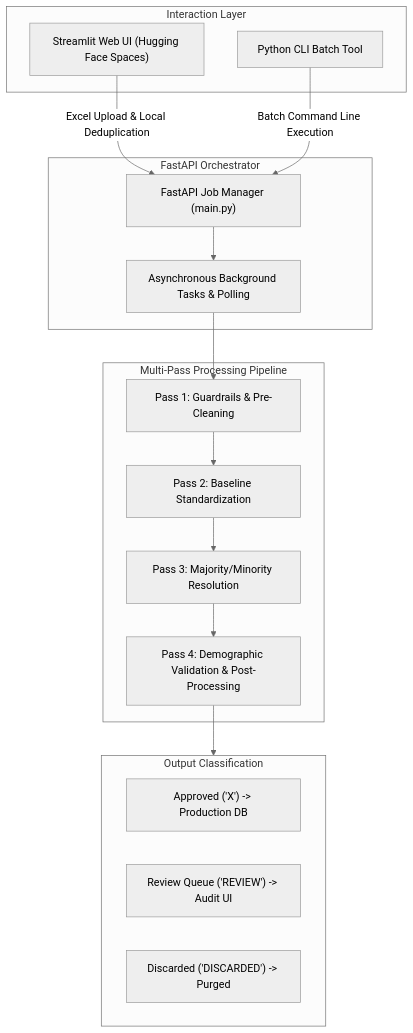
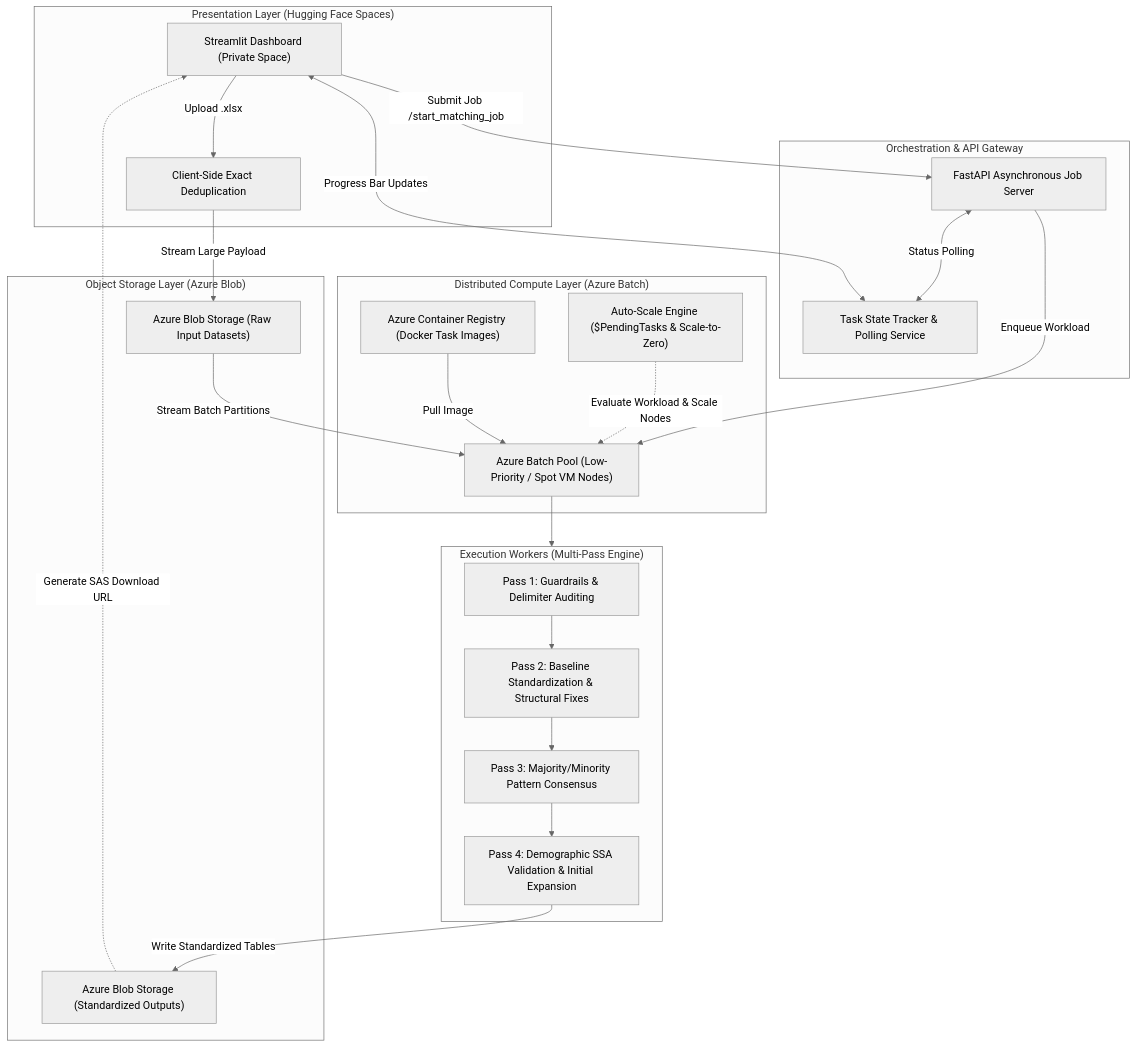
The diagram in README.md (khush-dakwala/individual-borrower-resolution), drawn with Mermaid (neutral theme) before and after one commit. The commit also changed other lines of this file, not shown here.

First line of the commit message:
Revise README for clarity and architecture updates

````diff
--- a/README.md
+++ b/README.md
@@ -11,34 +11,44 @@
 ```mermaid
 flowchart TD
-    subgraph UI["Interaction Layer"]
-        A["Streamlit Web UI (Hugging Face Spaces)"]
-        B["Python CLI Batch Tool"]
+    subgraph Client["Presentation Layer (Hugging Face Spaces)"]
+        UI["Streamlit Dashboard (Private Space)"]
+        Dedup["Client-Side Exact Deduplication"]
     end
 
-    subgraph Server["FastAPI Orchestrator"]
-        C["FastAPI Job Manager (main.py)"]
-        D["Asynchronous Background Tasks & Polling"]
+    subgraph Storage["Object Storage Layer (Azure Blob)"]
+        BlobIn["Azure Blob Storage (Raw Input Datasets)"]
+        BlobOut["Azure Blob Storage (Standardized Outputs)"]
     end
 
-    subgraph Pipeline["Multi-Pass Processing Pipeline"]
-        E["Pass 1: Guardrails & Pre-Cleaning"]
-        F["Pass 2: Baseline Standardization"]
-        G["Pass 3: Majority/Minority Resolution"]
-        H["Pass 4: Demographic Validation & Post-Processing"]
+    subgraph API["Orchestration & API Gateway"]
+        FastAPI["FastAPI Asynchronous Job Server"]
+        Tracker["Task State Tracker & Polling Service"]
     end
 
-    subgraph Routing["Output Classification"]
-        I["Approved ('X') -> Production DB"]
-        J["Review Queue ('REVIEW') -> Audit UI"]
-        K["Discarded ('DISCARDED') -> Purged"]
+    subgraph Compute["Distributed Compute Layer (Azure Batch)"]
+        Formula["Auto-Scale Engine ($PendingTasks & Scale-to-Zero)"]
+        SpotPool["Azure Batch Pool (Low-Priority / Spot VM Nodes)"]
+        ACR["Azure Container Registry (Docker Task Images)"]
     end
 
-    A -->|Excel Upload & Local Deduplication| C
-    B -->|Batch Command Line Execution| C
-    C --> D
-    D --> E
-    E --> F
-    F --> G
-    G --> H
-    H --> Routing
+    subgraph Engine["Execution Workers (Multi-Pass Engine)"]
+        P1["Pass 1: Guardrails & Delimiter Auditing"]
+        P2["Pass 2: Baseline Standardization & Structural Fixes"]
+        P3["Pass 3: Majority/Minority Pattern Consensus"]
+        P4["Pass 4: Demographic SSA Validation & Initial Expansion"]
+    end
+
+    UI -->|Upload .xlsx| Dedup
+    Dedup -->|Stream Large Payload| BlobIn
+    UI -->|Submit Job /start_matching_job| FastAPI
+    FastAPI -->|Enqueue Workload| SpotPool
+    Formula -.->|Evaluate Workload & Scale Nodes| SpotPool
+    ACR -->|Pull Image| SpotPool
+    BlobIn -->|Stream Batch Partitions| SpotPool
+    SpotPool --> Engine
+    P1 --> P2 --> P3 --> P4
+    P4 -->|Write Standardized Tables| BlobOut
+    BlobOut -.->|Generate SAS Download URL| UI
+    FastAPI <-->|Status Polling| Tracker
+    Tracker <-->|Progress Bar Updates| UI
 ```
````
